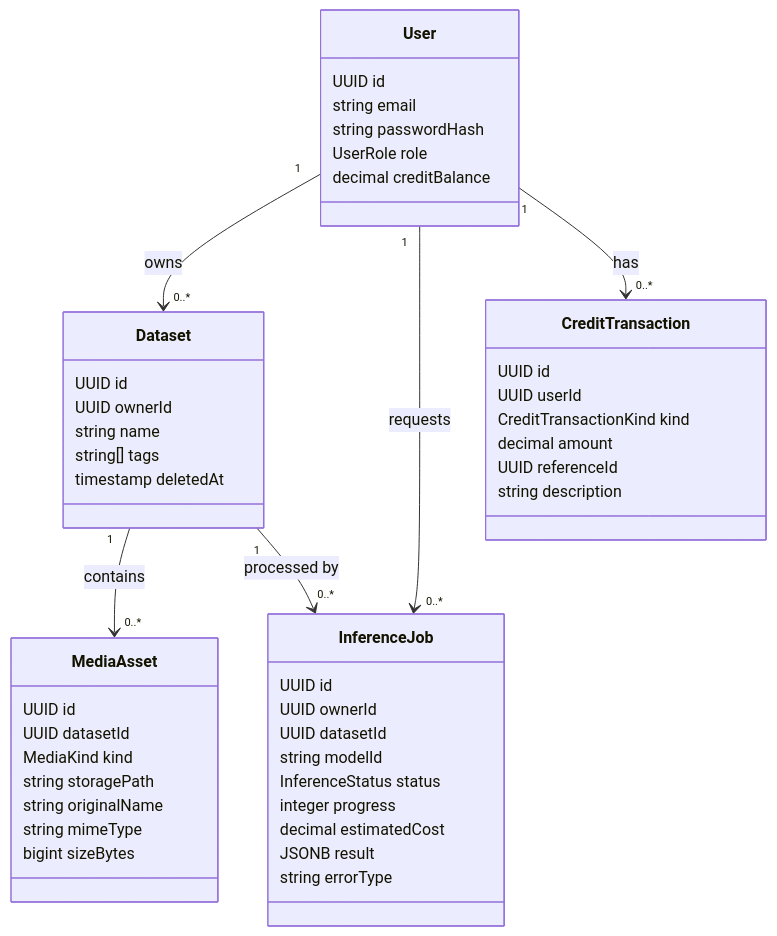
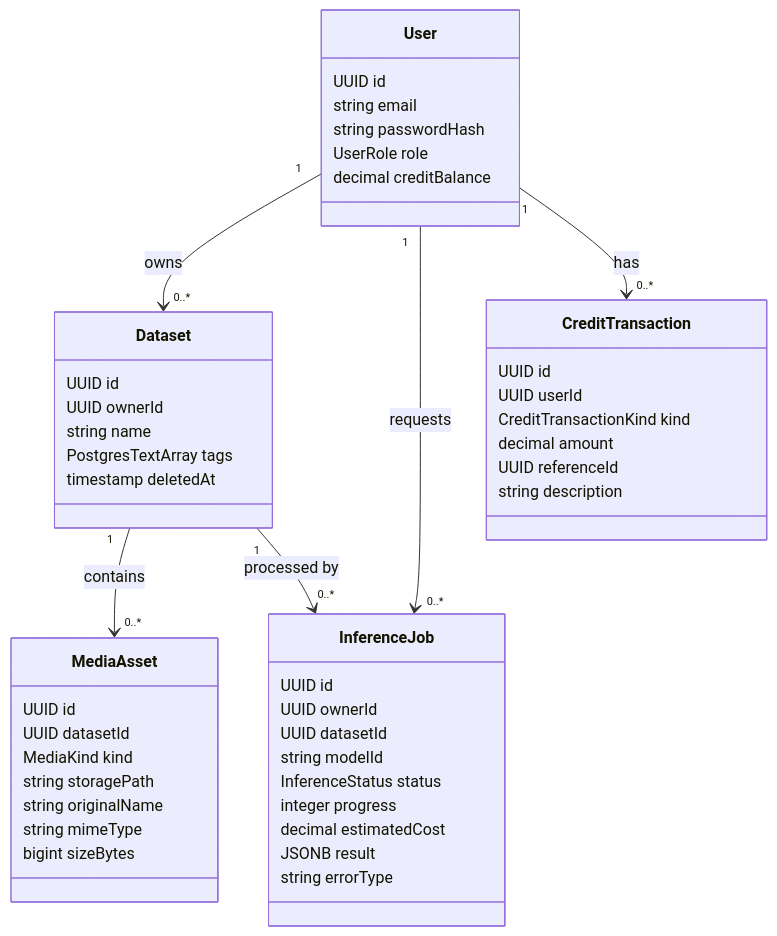
The sixth of 6 diagrams in README.md (Omar2002Bouchiba/vision-inference-platform), drawn with Mermaid before and after one commit. The commit also changed other lines of this file, not shown here.

Commit message:
Fix Mermaid sequence rendering

````diff
--- a/README.md
+++ b/README.md
@@ -290,51 +290,51 @@
 ```mermaid
 classDiagram
   class User {
     UUID id
     string email
     string passwordHash
     UserRole role
     decimal creditBalance
   }
   class Dataset {
     UUID id
     UUID ownerId
     string name
-    string[] tags
+    PostgresTextArray tags
     timestamp deletedAt
   }
   class MediaAsset {
     UUID id
     UUID datasetId
     MediaKind kind
     string storagePath
     string originalName
     string mimeType
     bigint sizeBytes
   }
   class InferenceJob {
     UUID id
     UUID ownerId
     UUID datasetId
     string modelId
     InferenceStatus status
     integer progress
     decimal estimatedCost
     JSONB result
     string errorType
   }
   class CreditTransaction {
     UUID id
     UUID userId
     CreditTransactionKind kind
     decimal amount
     UUID referenceId
     string description
   }
 
   User "1" --> "0..*" Dataset : owns
   Dataset "1" --> "0..*" MediaAsset : contains
   User "1" --> "0..*" InferenceJob : requests
   Dataset "1" --> "0..*" InferenceJob : processed by
   User "1" --> "0..*" CreditTransaction : has
 ```
````
